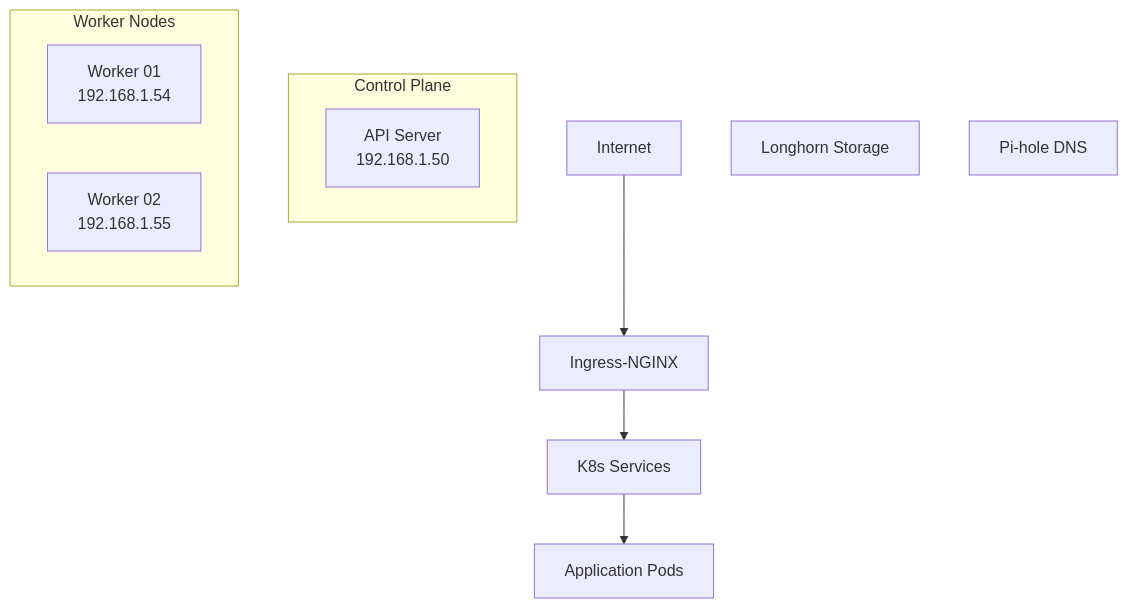
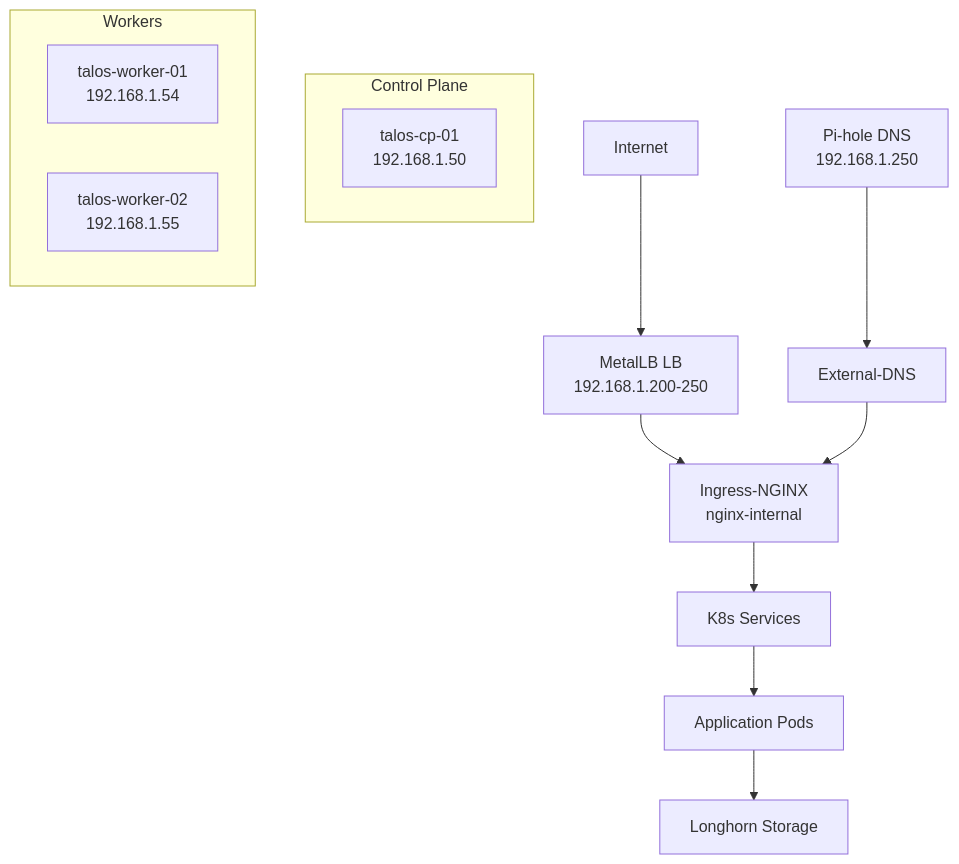
The diagram in docs/infrastructure.md (melvinlee/k8s-homelab), drawn with Mermaid before and after one commit. The commit also changed other lines of this file, not shown here.

````diff
--- a/docs/infrastructure.md
+++ b/docs/infrastructure.md
@@ -18,18 +16,20 @@
 ```mermaid
 graph TD
-    Internet --> Ingress[Ingress-NGINX]
+    Internet --> MetalLB[MetalLB LB<br/>192.168.1.200-250]
+    MetalLB --> Ingress[Ingress-NGINX<br/>nginx-internal]
     Ingress --> Services[K8s Services]
     Services --> Pods[Application Pods]
-    
+    Pods --> Storage[Longhorn Storage]
+
+    DNS[Pi-hole DNS<br/>192.168.1.250] --> ExternalDNS[External-DNS]
+    ExternalDNS --> Ingress
+
     subgraph Control Plane
-        API[API Server<br/>192.168.1.50]
+        API[talos-cp-01<br/>192.168.1.50]
     end
-    
-    subgraph Worker Nodes
-        Worker1[Worker 01<br/>192.168.1.54]
-        Worker2[Worker 02<br/>192.168.1.55]
+
+    subgraph Workers
+        Worker1[talos-worker-01<br/>192.168.1.54]
+        Worker2[talos-worker-02<br/>192.168.1.55]
     end
-    
-    Storage[Longhorn Storage]
-    DNS[Pi-hole DNS]
 ```
````
